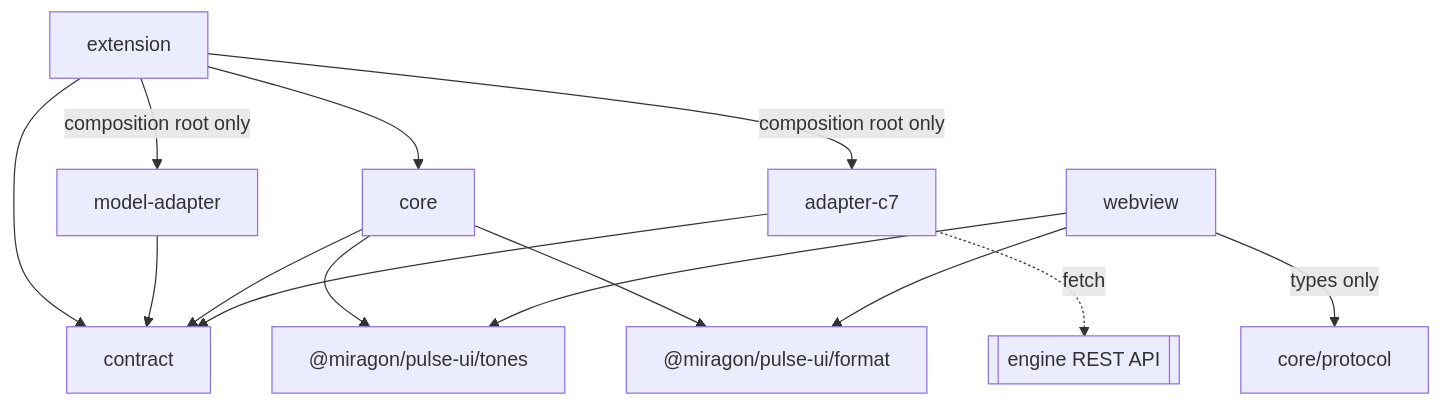
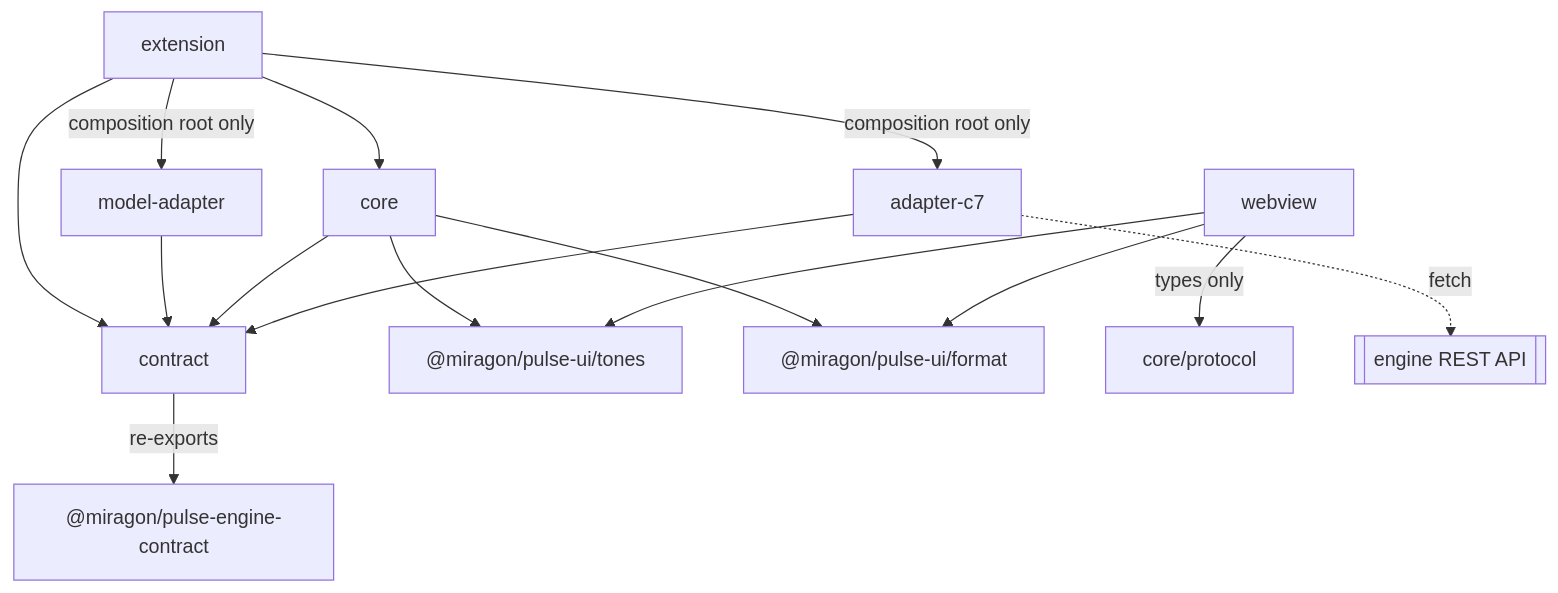
One commit to Miragon/pulse changed the first of 2 diagrams in apps/vscode/docs/adr/architecture.md. Above: the diagram before and after it, drawn with Mermaid. The commit also changed other lines of this file and 161 other files, not shown here.

````diff
--- a/apps/vscode/docs/adr/architecture.md
+++ b/apps/vscode/docs/adr/architecture.md
@@ -40,16 +40,17 @@
 ```mermaid
 flowchart TB
   extension --> core
   extension --> contract
   extension -- composition root only --> adapterC7[adapter-c7]
   extension -- composition root only --> modelAdapter[model-adapter]
+  contract -- re-exports --> engineContract["@miragon/pulse-engine-contract"]
   modelAdapter --> contract
   core --> contract
   core --> tones["@miragon/pulse-ui/tones"]
   core --> format["@miragon/pulse-ui/format"]
   webview -- types only --> protocol[core/protocol]
   webview --> tones
   webview --> format
   adapterC7 --> contract
   adapterC7 -. "fetch" .-> rest[[engine REST API]]
 ```
````
